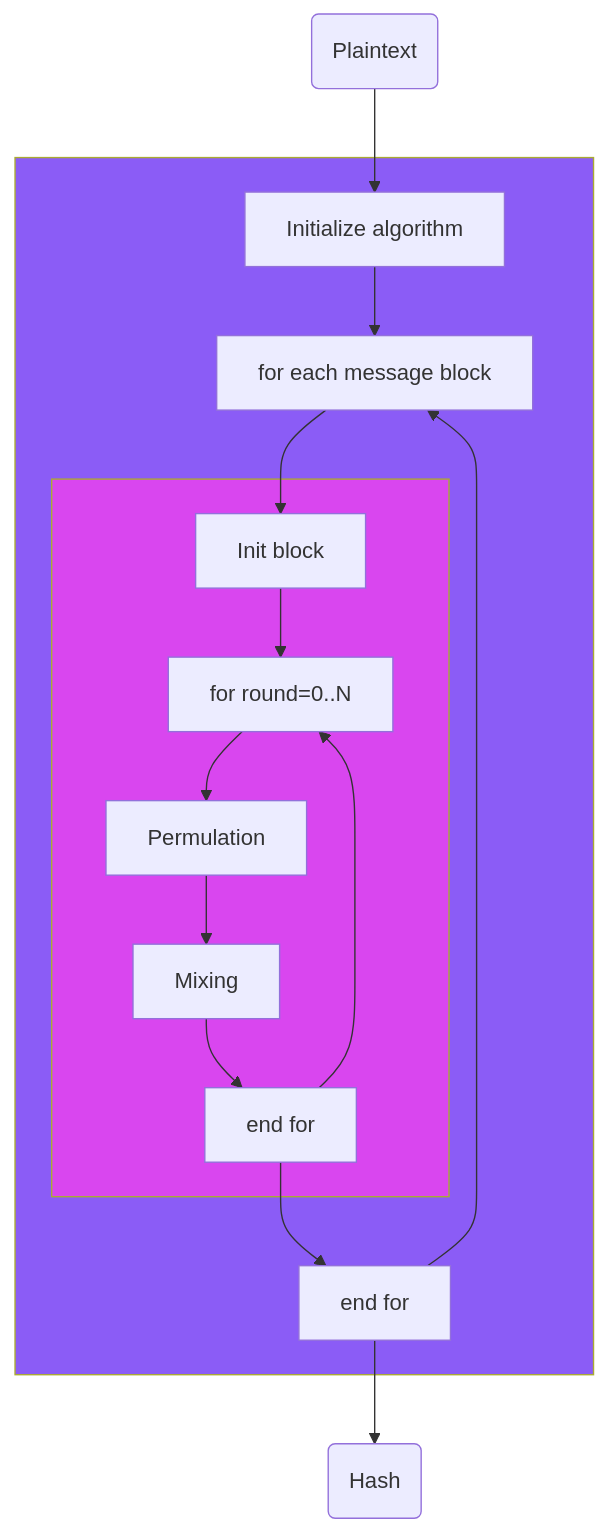
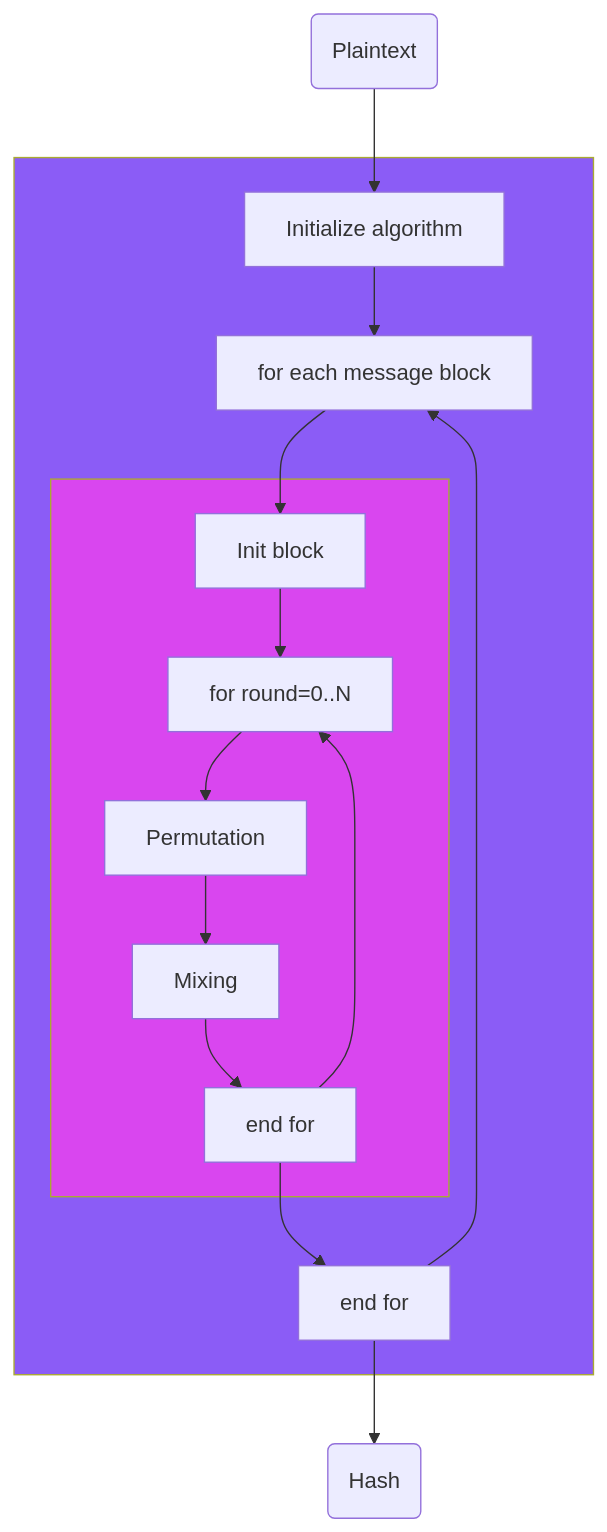
One commit to Essenceia/essenceia.github.io changed the diagram in content/projects/blake2.md. Above: the diagram before and after it, drawn with Mermaid. The commit also changed other lines of this file and 2 other files, not shown here.

```diff
--- a/content/projects/blake2.md
+++ b/content/projects/blake2.md
@@ -66,29 +66,29 @@
 {{< mermaid >}}
 flowchart TD
 
 
 subgraph T0[" "]
 B-->I[for each message block]
 F-->G[end for]
 I-->J;
 G-->I
 
     subgraph T1[" "]
     J[Init block]-->E[for round=0..N];
-    E-->C[Permulation];
+    E-->C[Permutation];
     C-->D[Mixing];
     D-->F[end for];
     F-->E;
     end
 
 end
 
 A(Plaintext)-->B[Initialize algorithm];
 G-->H(Hash);
 
 click C "#permutation function" _blank
 click D "#mixing function" _blank
 
 style T0 fill:#8b5cf6; 
 style T1 fill:#d946ef;
 {{< /mermaid >}}
```
